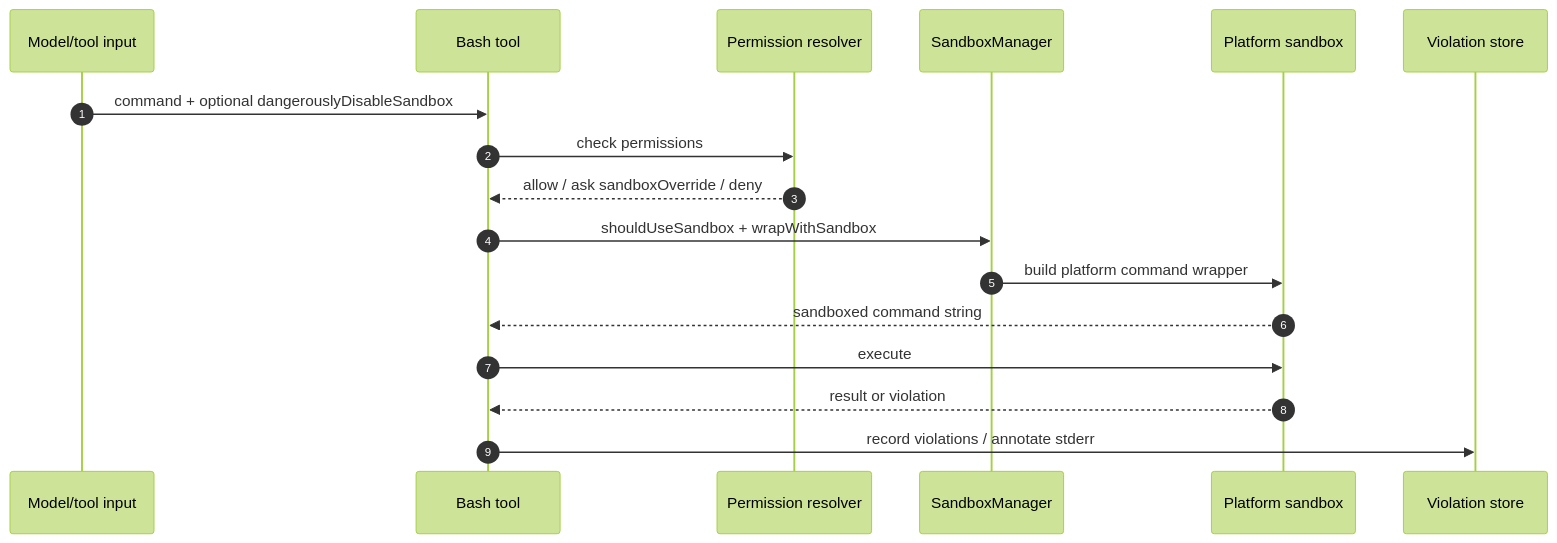
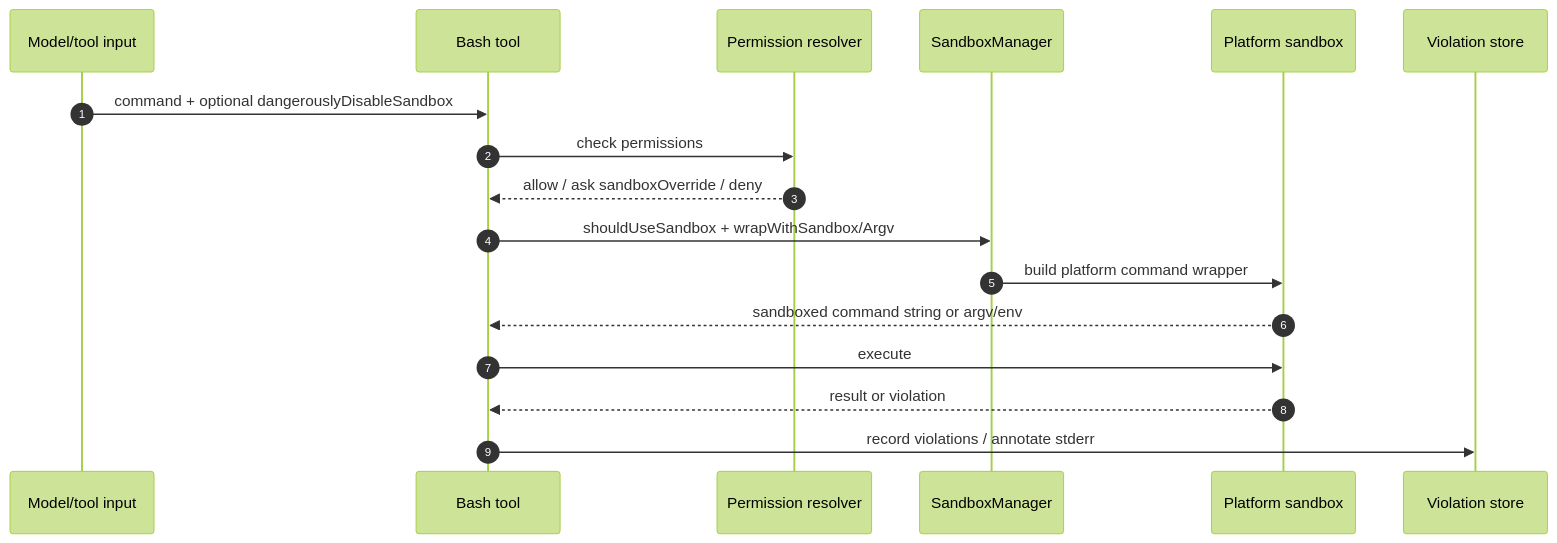
Before and after one commit to vibewatch/claude-code-internals: the second of 3 diagrams in docs/03-tools-integrations-security/sandbox-and-isolation.md, drawn with Mermaid (forest theme). The commit also changed other lines of this file and 46 other files, not shown here.

````diff
--- a/docs/03-tools-integrations-security/sandbox-and-isolation.md
+++ b/docs/03-tools-integrations-security/sandbox-and-isolation.md
@@ -107,20 +114,20 @@
 ```mermaid
 sequenceDiagram
     autonumber
     participant Model as Model/tool input
     participant Bash as Bash tool
     participant Perm as Permission resolver
     participant SM as SandboxManager
     participant OS as Platform sandbox
     participant Store as Violation store
 
     Model->>Bash: command + optional dangerouslyDisableSandbox
     Bash->>Perm: check permissions
     Perm-->>Bash: allow / ask sandboxOverride / deny
-    Bash->>SM: shouldUseSandbox + wrapWithSandbox
+    Bash->>SM: shouldUseSandbox + wrapWithSandbox/Argv
     SM->>OS: build platform command wrapper
-    OS-->>Bash: sandboxed command string
+    OS-->>Bash: sandboxed command string or argv/env
     Bash->>OS: execute
     OS-->>Bash: result or violation
     Bash->>Store: record violations / annotate stderr
 ```
````
